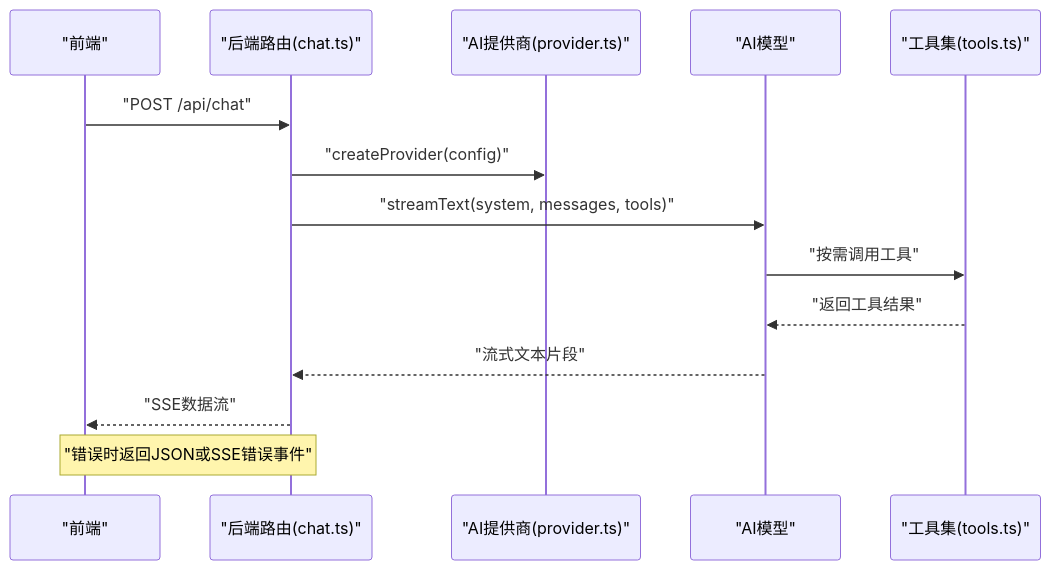
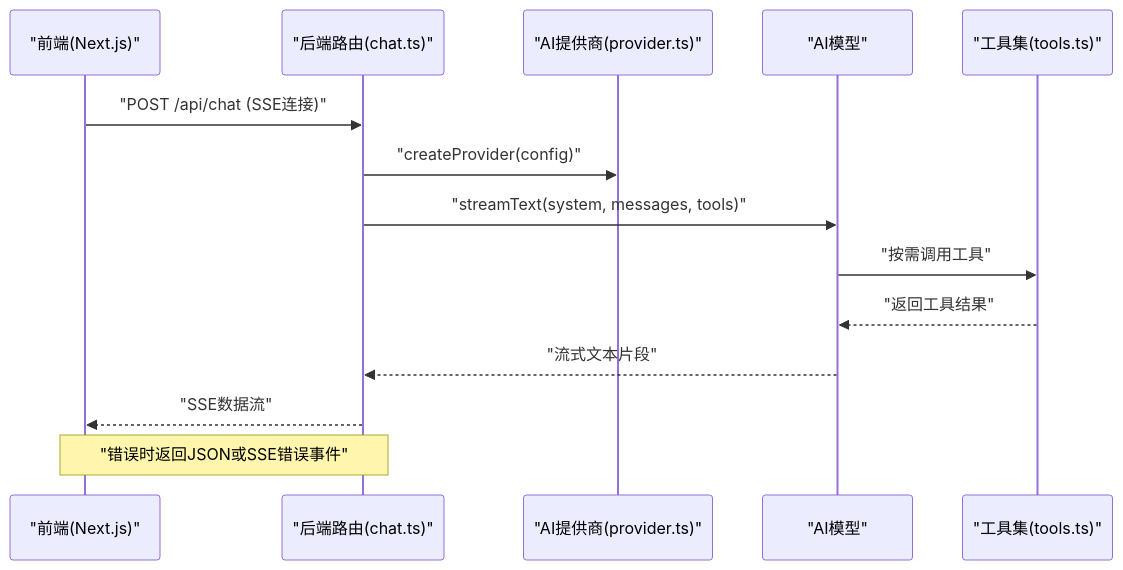
The second of 7 diagrams in .qoder/repowiki/zh/content/AI集成模块/AI集成模块.md (aHin0805/FH6CarSettingAgent), drawn with Mermaid before and after one commit. The commit also changed other lines of this file and 12 other files, not shown here.

````diff
--- a/.qoder/repowiki/zh/content/AI集成模块/AI集成模块.md
+++ b/.qoder/repowiki/zh/content/AI集成模块/AI集成模块.md
@@ -110,16 +118,16 @@
 ```mermaid
 sequenceDiagram
-participant FE as "前端"
+participant FE as "前端(Next.js)"
 participant BE as "后端路由(chat.ts)"
 participant Prov as "AI提供商(provider.ts)"
 participant AI as "AI模型"
 participant Tools as "工具集(tools.ts)"
-FE->>BE : "POST /api/chat"
+FE->>BE : "POST /api/chat (SSE连接)"
 BE->>Prov : "createProvider(config)"
 BE->>AI : "streamText(system, messages, tools)"
 AI->>Tools : "按需调用工具"
 Tools-->>AI : "返回工具结果"
 AI-->>BE : "流式文本片段"
 BE-->>FE : "SSE数据流"
 note over BE,FE : "错误时返回JSON或SSE错误事件"
 ```
````
